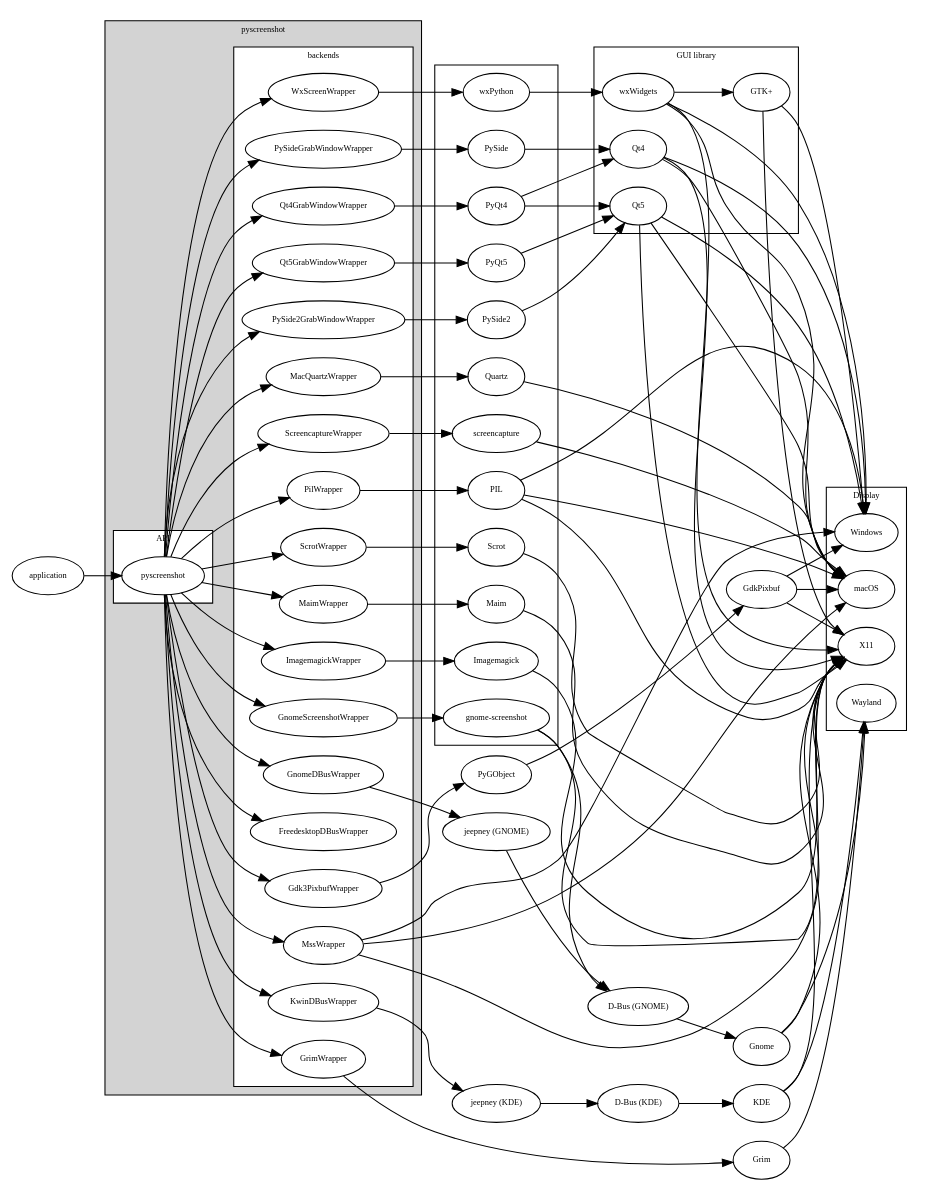
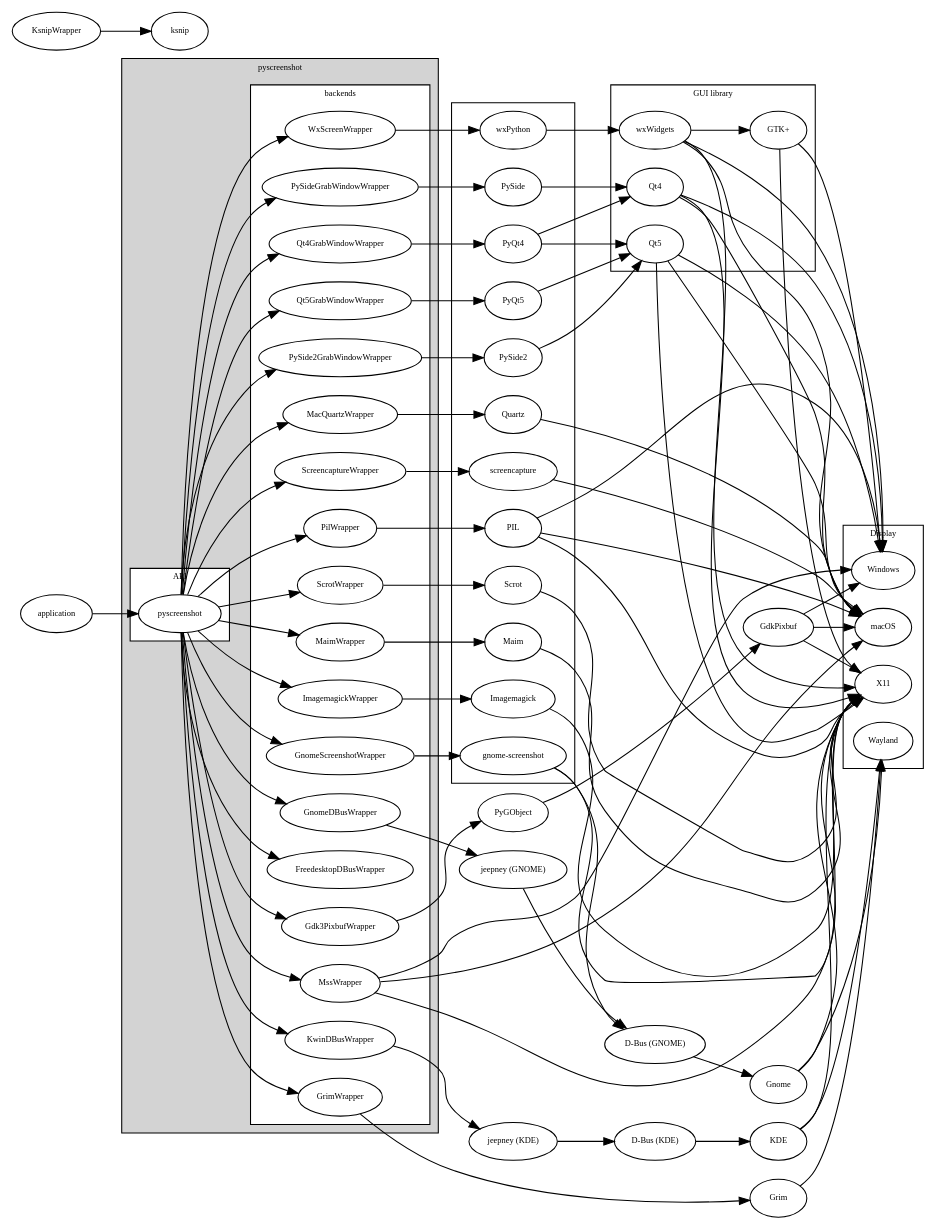
Before and after one commit to ponty/pyscreenshot: the diagram in doc/hierarchy.dot, drawn with Graphviz. The commit also changed 1 other file, not shown here.

Commit message:
ksnip test/doc

```diff
--- a/doc/hierarchy.dot
+++ b/doc/hierarchy.dot
@@ -1,134 +1,135 @@
 digraph G {
     rankdir=LR;
     node [fontsize=8];
     fontsize=8;
 
     subgraph cluster_0 {
         label = "pyscreenshot";
         style=filled;
         fillcolor=lightgrey;
         subgraph cluster_1 {
             label = "API";
             style=filled;
             fillcolor=white;
 
             pyscreenshot;
         }
         subgraph cluster_2 {
             style=filled;
             fillcolor=white;
             label = "backends";
 
             pyscreenshot -> Qt4GrabWindowWrapper;
             pyscreenshot -> Qt5GrabWindowWrapper;
             pyscreenshot -> PySideGrabWindowWrapper;
             pyscreenshot -> PySide2GrabWindowWrapper;
             pyscreenshot -> PilWrapper;
             pyscreenshot -> ImagemagickWrapper;
             pyscreenshot -> WxScreenWrapper;
             pyscreenshot -> ScrotWrapper;
             pyscreenshot -> MaimWrapper;
             pyscreenshot -> MacQuartzWrapper
             pyscreenshot -> ScreencaptureWrapper
             pyscreenshot -> Gdk3PixbufWrapper
             pyscreenshot -> GnomeScreenshotWrapper
             pyscreenshot -> FreedesktopDBusWrapper
             pyscreenshot -> GnomeDBusWrapper
             pyscreenshot -> KwinDBusWrapper
             pyscreenshot -> MssWrapper
             pyscreenshot -> GrimWrapper;
         }
     }
     subgraph cluster_3 {
         PIL;
         wxPython;
         PyQt4;
         PyQt5;
         PySide;
         PySide2;
         screencapture;
         Quartz;
         Scrot;
         Maim;
         Imagemagick;
         "gnome-screenshot";
     }
     subgraph cluster_4 {
         label = "GUI library";
         Qt4;
         Qt5;
         wxWidgets;
         "GTK+";
     }
     subgraph cluster_5 {
         label = "Display";
         Windows;
         macOS;
         X11;
         Wayland;
     }
     Qt4GrabWindowWrapper -> PyQt4 -> Qt4;
     PyQt4 -> Qt5;
     Qt5GrabWindowWrapper -> PyQt5 -> Qt5;
     PySideGrabWindowWrapper -> PySide -> Qt4;
     PySide2GrabWindowWrapper -> PySide2 -> Qt5;
 
     Qt4 -> macOS;
     Qt4 -> Windows;
     Qt4 -> X11;
     Qt5 -> macOS;
     Qt5 -> Windows;
     Qt5 -> X11;
 
     PilWrapper -> PIL -> Windows;
     PIL -> macOS;
     PIL -> X11;
     ImagemagickWrapper -> Imagemagick -> X11;
     ScrotWrapper -> Scrot -> X11;
+    KsnipWrapper -> ksnip;
     MaimWrapper -> Maim -> X11;
 
     Gnome -> Wayland;
     Gnome -> X11;
     KDE -> Wayland;
     KDE -> X11;
 
     "D-Bus (GNOME)" -> Gnome;
     "D-Bus (KDE)" -> KDE;
 
     "jeepney (GNOME)"-> "D-Bus (GNOME)";
     "jeepney (KDE)"-> "D-Bus (KDE)";
 
     GnomeScreenshotWrapper -> "gnome-screenshot";
     "gnome-screenshot" -> X11;
     "gnome-screenshot" -> "D-Bus (GNOME)";
 
     GnomeDBusWrapper -> "jeepney (GNOME)";
     KwinDBusWrapper -> "jeepney (KDE)";
 
     //"GTK+" -> macOS;
     "GTK+" -> Windows;
     "GTK+" -> X11;
 
     Gdk3PixbufWrapper -> PyGObject -> GdkPixbuf;
     GdkPixbuf -> macOS;
     GdkPixbuf -> Windows;
     GdkPixbuf -> X11;
 
     WxScreenWrapper -> wxPython -> wxWidgets;
     wxWidgets -> "GTK+";
     wxWidgets -> macOS;
     wxWidgets -> Windows;
     wxWidgets -> X11;
 
     MacQuartzWrapper -> Quartz -> macOS;
     ScreencaptureWrapper -> screencapture -> macOS;
 
     MssWrapper -> X11;
     MssWrapper -> macOS;
     MssWrapper -> Windows;
 
     GrimWrapper -> Grim -> Wayland
 
     application -> pyscreenshot;
 
 }
```
